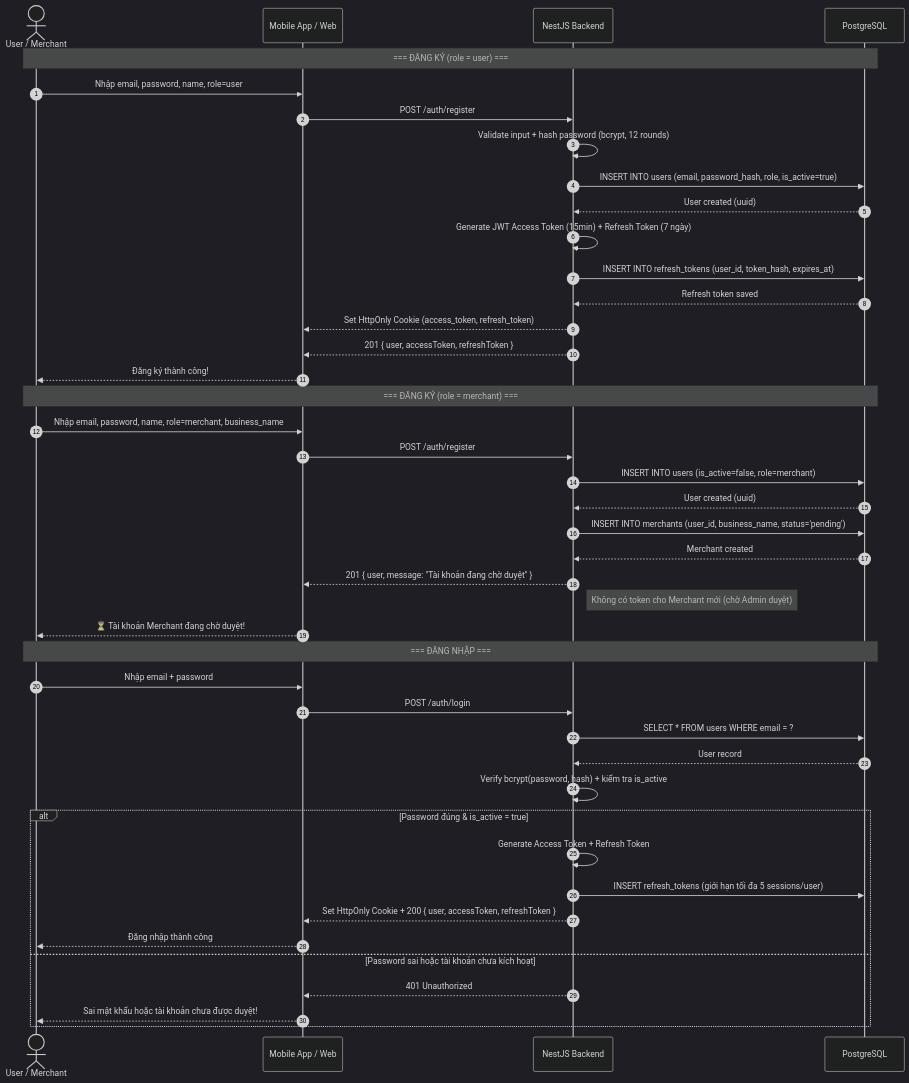
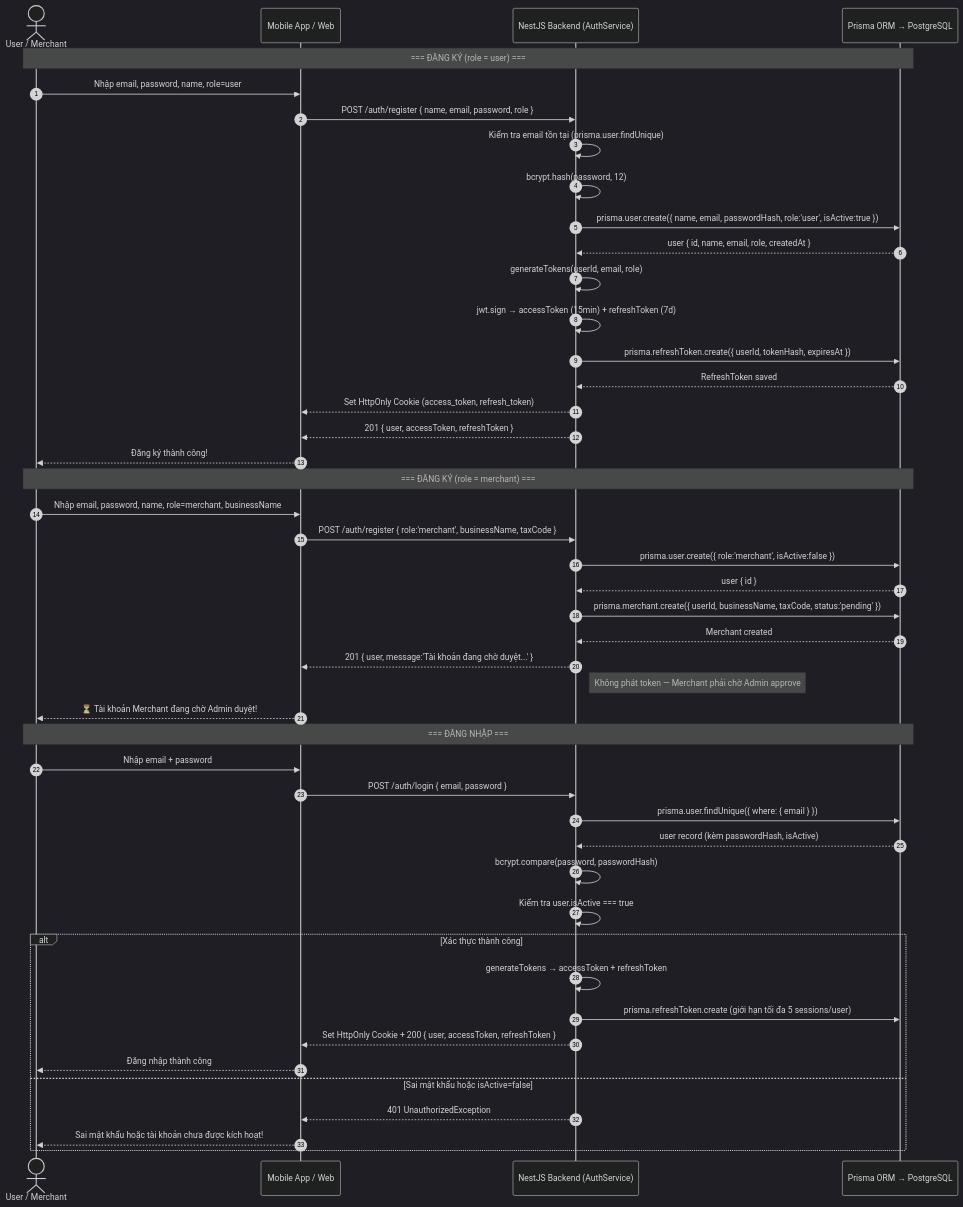
The first of 13 diagrams in docs/diagrams.md (thankhanh/Seminar_sgu), drawn with Mermaid (dark theme) before and after one commit. The commit also changed other lines of this file, not shown here.

First line of the commit message:
Update diagrams.md

````diff
--- a/docs/diagrams.md
+++ b/docs/diagrams.md
@@ -36,49 +40,52 @@
 ```mermaid
 sequenceDiagram
     autonumber
     actor U as User / Merchant
     participant App as Mobile App / Web
-    participant API as NestJS Backend
-    participant DB as PostgreSQL
+    participant API as NestJS Backend (AuthService)
+    participant DB as Prisma ORM → PostgreSQL
 
     Note over U,DB: === ĐĂNG KÝ (role = user) ===
     U->>App: Nhập email, password, name, role=user
-    App->>API: POST /auth/register
-    API->>API: Validate input + hash password (bcrypt, 12 rounds)
-    API->>DB: INSERT INTO users (email, password_hash, role, is_active=true)
-    DB-->>API: User created (uuid)
-    API->>API: Generate JWT Access Token (15min) + Refresh Token (7 ngày)
-    API->>DB: INSERT INTO refresh_tokens (user_id, token_hash, expires_at)
-    DB-->>API: Refresh token saved
+    App->>API: POST /auth/register { name, email, password, role }
+    API->>API: Kiểm tra email tồn tại (prisma.user.findUnique)
+    API->>API: bcrypt.hash(password, 12)
+    API->>DB: prisma.user.create({ name, email, passwordHash, role:'user', isActive:true })
+    DB-->>API: user { id, name, email, role, createdAt }
+    API->>API: generateTokens(userId, email, role)
+    API->>API: jwt.sign → accessToken (15min) + refreshToken (7d)
+    API->>DB: prisma.refreshToken.create({ userId, tokenHash, expiresAt })
+    DB-->>API: RefreshToken saved
     API-->>App: Set HttpOnly Cookie (access_token, refresh_token)
     API-->>App: 201 { user, accessToken, refreshToken }
     App-->>U: Đăng ký thành công!
 
     Note over U,DB: === ĐĂNG KÝ (role = merchant) ===
-    U->>App: Nhập email, password, name, role=merchant, business_name
-    App->>API: POST /auth/register
-    API->>DB: INSERT INTO users (is_active=false, role=merchant)
-    DB-->>API: User created (uuid)
-    API->>DB: INSERT INTO merchants (user_id, business_name, status='pending')
+    U->>App: Nhập email, password, name, role=merchant, businessName
+    App->>API: POST /auth/register { role:'merchant', businessName, taxCode }
+    API->>DB: prisma.user.create({ role:'merchant', isActive:false })
+    DB-->>API: user { id }
+    API->>DB: prisma.merchant.create({ userId, businessName, taxCode, status:'pending' })
     DB-->>API: Merchant created
-    API-->>App: 201 { user, message: "Tài khoản đang chờ duyệt" }
-    Note right of API: Không có token cho Merchant mới (chờ Admin duyệt)
-    App-->>U: ⏳ Tài khoản Merchant đang chờ duyệt!
+    API-->>App: 201 { user, message:'Tài khoản đang chờ duyệt...' }
+    Note right of API: Không phát token — Merchant phải chờ Admin approve
+    App-->>U: ⏳ Tài khoản Merchant đang chờ Admin duyệt!
 
     Note over U,DB: === ĐĂNG NHẬP ===
     U->>App: Nhập email + password
-    App->>API: POST /auth/login
-    API->>DB: SELECT * FROM users WHERE email = ?
-    DB-->>API: User record
-    API->>API: Verify bcrypt(password, hash) + kiểm tra is_active
+    App->>API: POST /auth/login { email, password }
+    API->>DB: prisma.user.findUnique({ where: { email } })
+    DB-->>API: user record (kèm passwordHash, isActive)
+    API->>API: bcrypt.compare(password, passwordHash)
+    API->>API: Kiểm tra user.isActive === true
 
-    alt Password đúng & is_active = true
-        API->>API: Generate Access Token + Refresh Token
-        API->>DB: INSERT refresh_tokens (giới hạn tối đa 5 sessions/user)
+    alt Xác thực thành công
+        API->>API: generateTokens → accessToken + refreshToken
+        API->>DB: prisma.refreshToken.create (giới hạn tối đa 5 sessions/user)
         API-->>App: Set HttpOnly Cookie + 200 { user, accessToken, refreshToken }
         App-->>U: Đăng nhập thành công
-    else Password sai hoặc tài khoản chưa kích hoạt
-        API-->>App: 401 Unauthorized
-        App-->>U: Sai mật khẩu hoặc tài khoản chưa được duyệt!
+    else Sai mật khẩu hoặc isActive=false
+        API-->>App: 401 UnauthorizedException
+        App-->>U: Sai mật khẩu hoặc tài khoản chưa được kích hoạt!
     end
 ```
````
